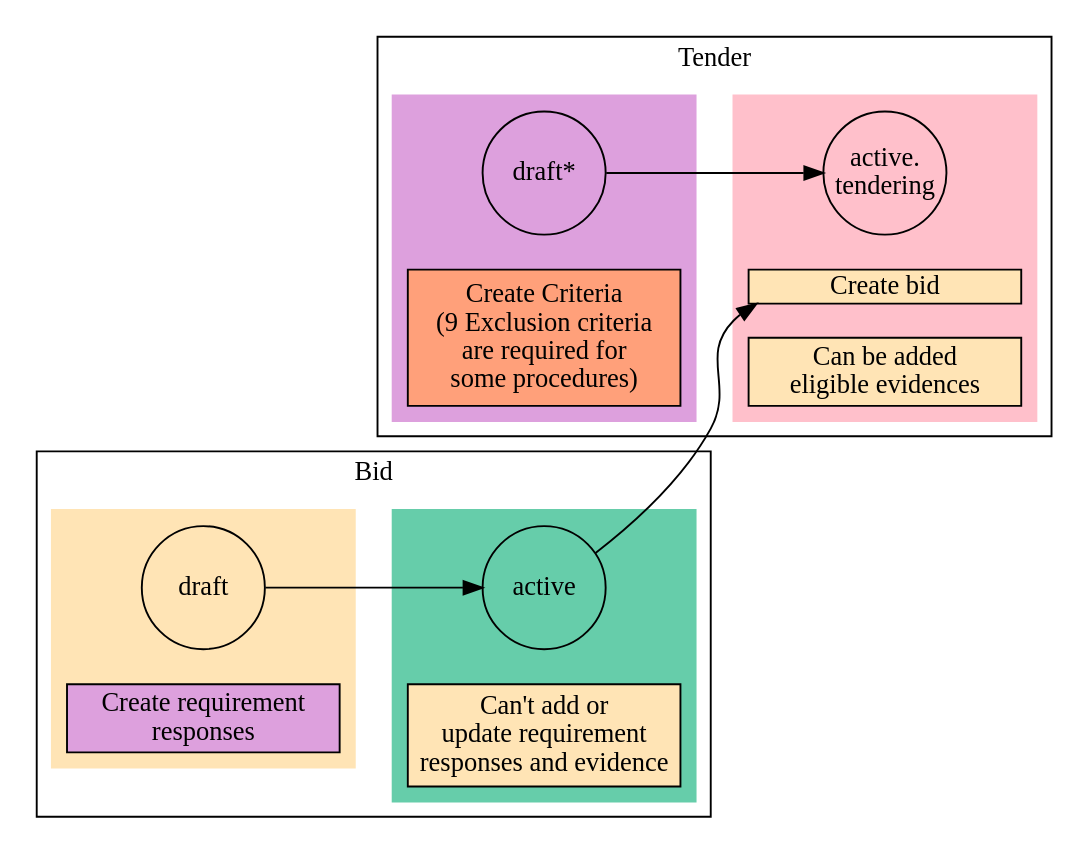
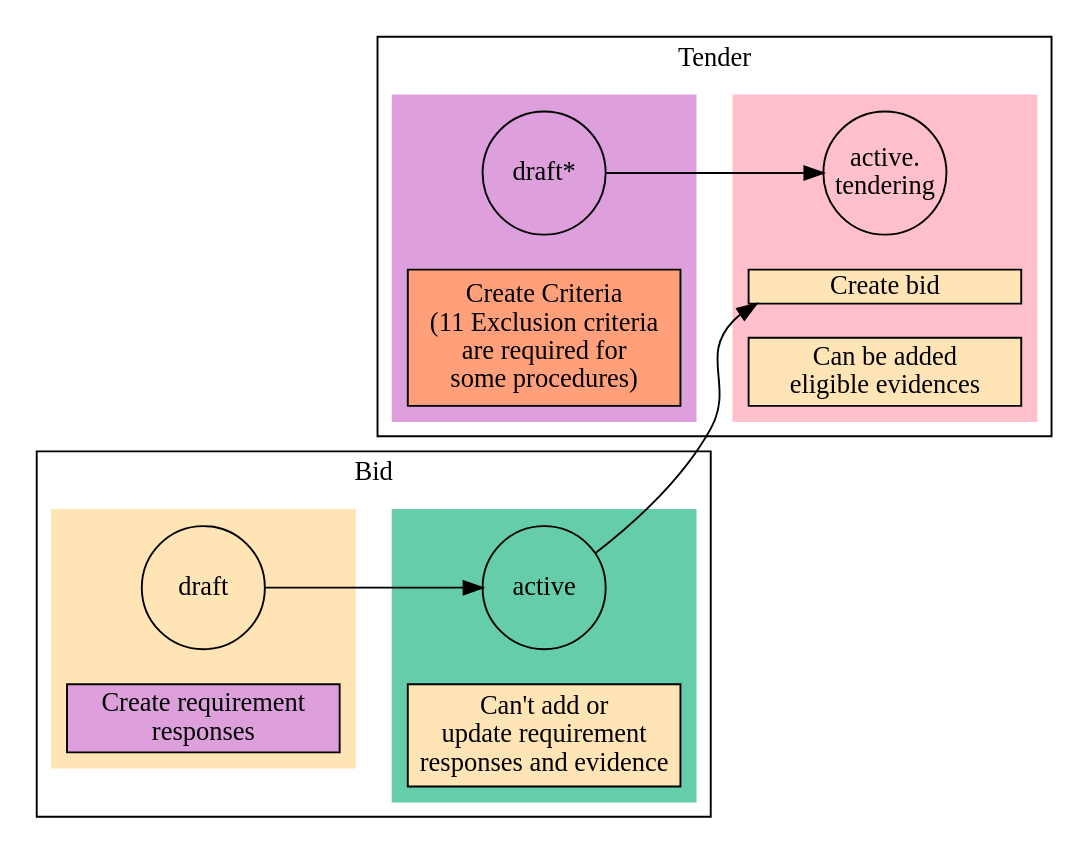
Before and after one commit to ProzorroUKR/openprocurement.api: the diagram in docs/source/tendering/basic-actions/criteria.rst, drawn with Graphviz. The commit also changed other lines of this file and 218 other files, not shown here.

```diff
--- a/docs/source/tendering/basic-actions/criteria.rst
+++ b/docs/source/tendering/basic-actions/criteria.rst
@@ -319,7 +324,7 @@
             width = 2
         ]
         create_criteria_object [
-            label = "Create Criteria\n(9 Exclusion criteria \nare required for \nsome procedures)"
+            label = "Create Criteria\n(11 Exclusion criteria \nare required for \nsome procedures)"
             shape = rect
             style = filled
             fillcolor = lightsalmon
```
